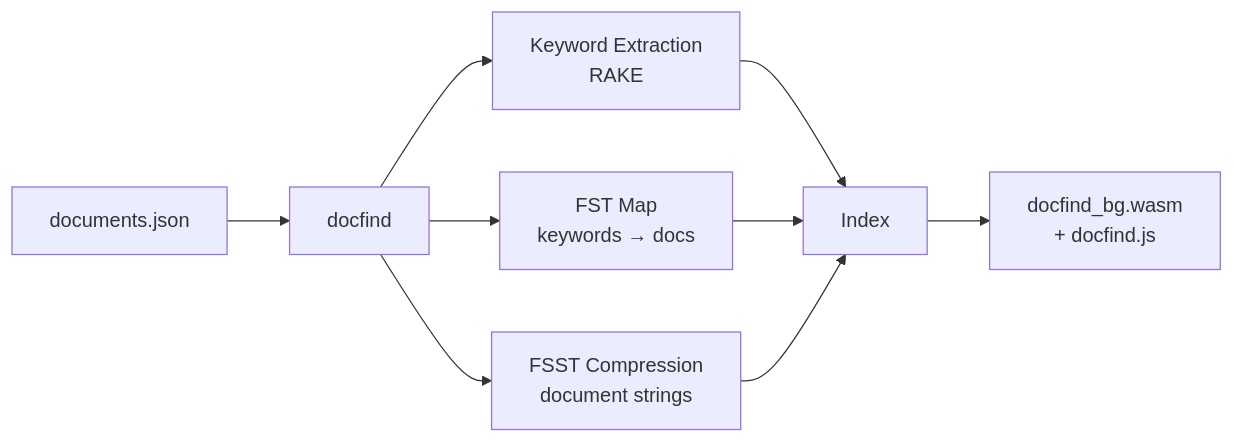
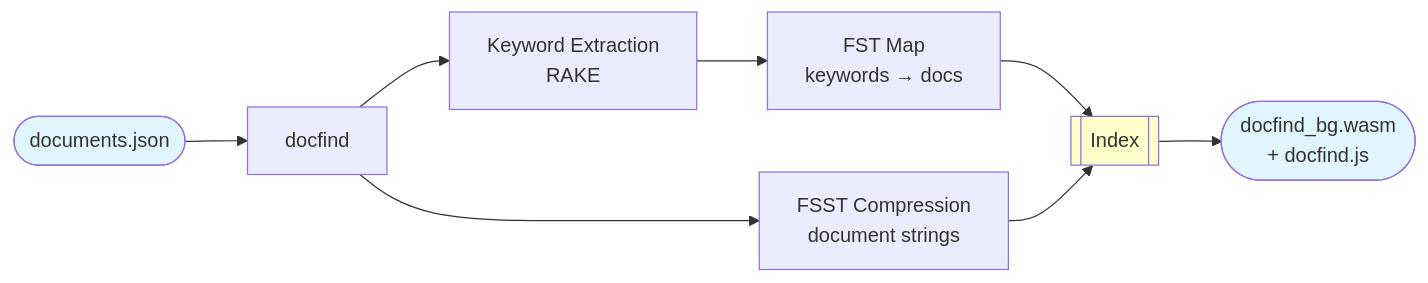
Before and after one commit to microsoft/docfind: the diagram in README.md, drawn with Mermaid.

Commit message:
Improve diagram: add asset styling and fix FST Map dependency

````diff
--- a/README.md
+++ b/README.md
@@ -115,11 +115,14 @@
 ```mermaid
 flowchart LR
-    A[documents.json] --> B[docfind]
+    A([documents.json]) --> B[docfind]
     B --> C[Keyword Extraction<br/>RAKE]
-    B --> D[FST Map<br/>keywords → docs]
     B --> E[FSST Compression<br/>document strings]
-    C --> F[Index]
-    D --> F
+    C --> D[FST Map<br/>keywords → docs]
+    D --> F[[Index]]
     E --> F
-    F --> G[docfind_bg.wasm<br/>+ docfind.js]
+    F --> G([docfind_bg.wasm<br/>+ docfind.js])
+    
+    style A fill:#e1f5ff
+    style G fill:#e1f5ff
+    style F fill:#ffffcc
 ```
````
